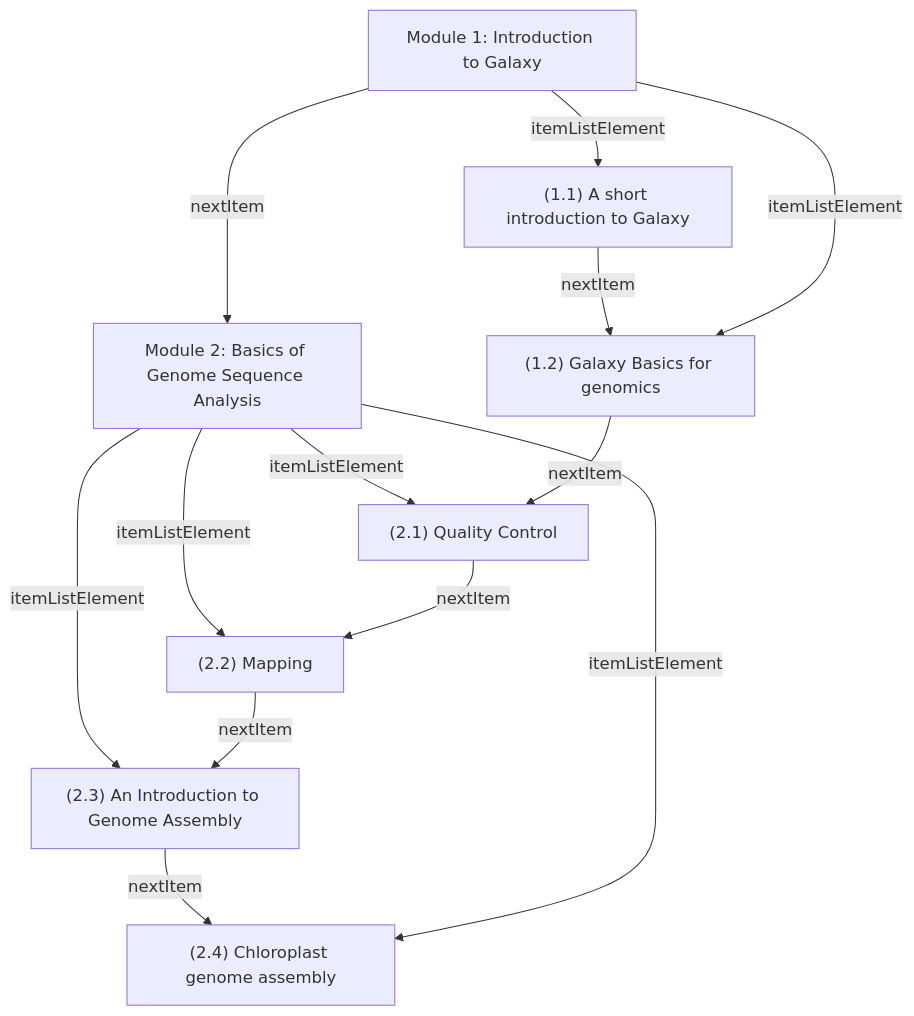
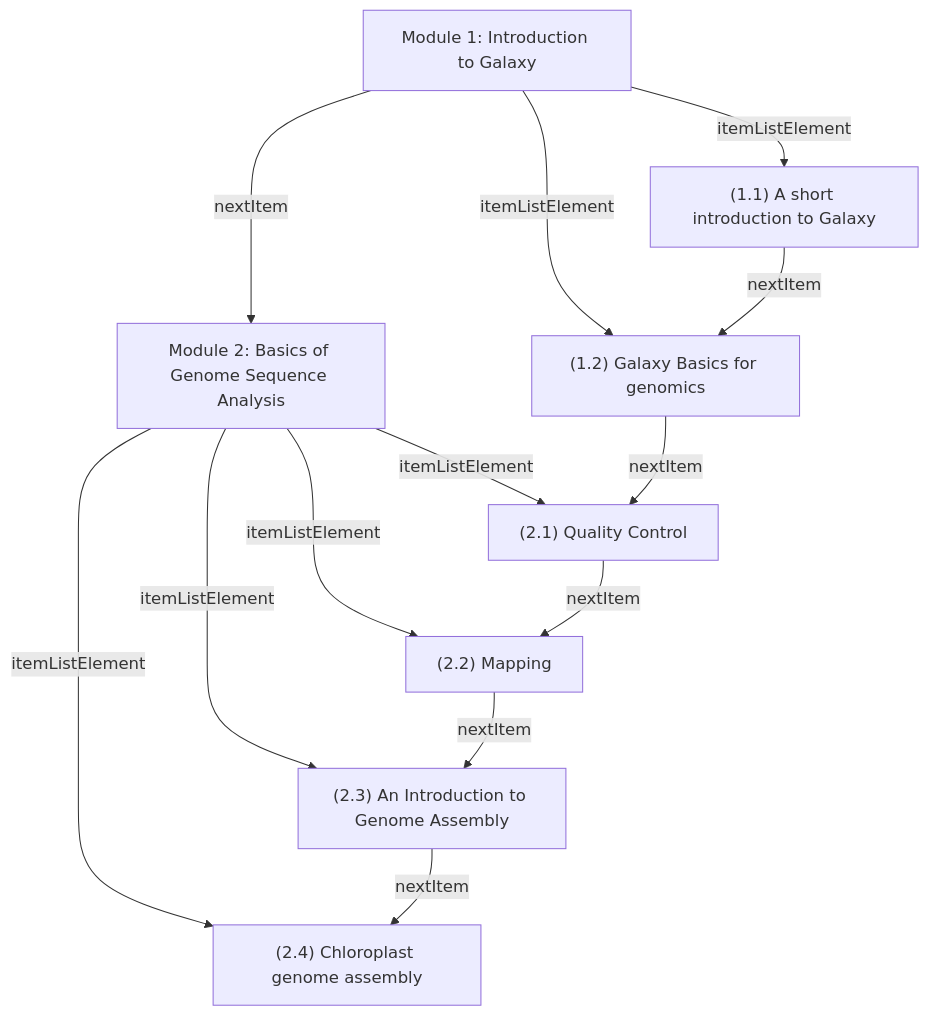
The first of 2 diagrams in README.md (BioSchemas/LearningPath-sandbox), drawn with Mermaid before and after one commit. The commit also changed other lines of this file, not shown here.

Commit message:
chore(README): Updated the figure in the Readme.md

````diff
--- a/README.md
+++ b/README.md
@@ -73,39 +73,39 @@
 ```mermaid
 graph TD
-N2["(1.1) A short introduction to Galaxy"]
-N3["(1.2) Galaxy Basics for genomics"]
-N2 -- nextItem --> N3
-N7["(2.3) An Introduction to Genome Assembly"]
-N8["(2.4) Chloroplast genome assembly"]
-N7 -- nextItem --> N8
-N4["Module 2: Basics of Genome Sequence Analysis"]
-N7["(2.3) An Introduction to Genome Assembly"]
-N4 -- itemListElement --> N7
-N4["Module 2: Basics of Genome Sequence Analysis"]
-N8["(2.4) Chloroplast genome assembly"]
-N4 -- itemListElement --> N8
-N4["Module 2: Basics of Genome Sequence Analysis"]
-N6["(2.2) Mapping"]
-N4 -- itemListElement --> N6
-N6["(2.2) Mapping"]
-N7["(2.3) An Introduction to Genome Assembly"]
-N6 -- nextItem --> N7
-N5["(2.1) Quality Control"]
-N6["(2.2) Mapping"]
-N5 -- nextItem --> N6
-N4["Module 2: Basics of Genome Sequence Analysis"]
-N5["(2.1) Quality Control"]
-N4 -- itemListElement --> N5
 N1["Module 1: Introduction to Galaxy"]
 N3["(1.2) Galaxy Basics for genomics"]
 N1 -- itemListElement --> N3
 N1["Module 1: Introduction to Galaxy"]
 N2["(1.1) A short introduction to Galaxy"]
 N1 -- itemListElement --> N2
+N4["Module 2: Basics of Genome Sequence Analysis"]
+N8["(2.4) Chloroplast genome assembly"]
+N4 -- itemListElement --> N8
+N2["(1.1) A short introduction to Galaxy"]
+N3["(1.2) Galaxy Basics for genomics"]
+N2 -- nextItem --> N3
+N1["Module 1: Introduction to Galaxy"]
+N4["Module 2: Basics of Genome Sequence Analysis"]
+N1 -- nextItem --> N4
+N7["(2.3) An Introduction to Genome Assembly"]
+N8["(2.4) Chloroplast genome assembly"]
+N7 -- nextItem --> N8
+N4["Module 2: Basics of Genome Sequence Analysis"]
+N5["(2.1) Quality Control"]
+N4 -- itemListElement --> N5
+N4["Module 2: Basics of Genome Sequence Analysis"]
+N6["(2.2) Mapping"]
+N4 -- itemListElement --> N6
+N4["Module 2: Basics of Genome Sequence Analysis"]
+N7["(2.3) An Introduction to Genome Assembly"]
+N4 -- itemListElement --> N7
+N6["(2.2) Mapping"]
+N7["(2.3) An Introduction to Genome Assembly"]
+N6 -- nextItem --> N7
 N3["(1.2) Galaxy Basics for genomics"]
 N5["(2.1) Quality Control"]
 N3 -- nextItem --> N5
-N1["Module 1: Introduction to Galaxy"]
-N4["Module 2: Basics of Genome Sequence Analysis"]
-N1 -- nextItem --> N4
+N5["(2.1) Quality Control"]
+N6["(2.2) Mapping"]
+N5 -- nextItem --> N6
 ```
````
